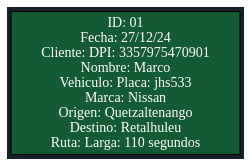
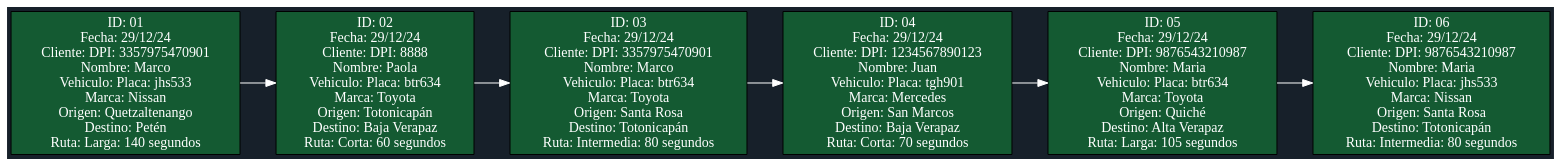
The diagram in Rapidito/Lista_Viajes.dot (Marco131-xel/Edd_Proyecto2), drawn with Graphviz before and after one commit. The commit also changed 17 other files, not shown here.

```diff
--- a/Rapidito/Lista_Viajes.dot
+++ b/Rapidito/Lista_Viajes.dot
@@ -1,7 +1,17 @@
 digraph G {
 rankdir=LR;
 bgcolor="#17202a";
 node [shape=record, style=filled, fillcolor="#145a32", fontcolor="white"];
 edge [color="white"];
-nodo0 [label="ID: 01\nFecha: 27/12/24\nCliente: DPI: 3357975470901\nNombre:  Marco\nVehiculo: Placa: jhs533\nMarca: Nissan\nOrigen: Quetzaltenango\nDestino: Retalhuleu\nRuta: Larga: 110 segundos"];
+nodo0 [label="ID: 01\nFecha: 29/12/24\nCliente: DPI: 3357975470901\nNombre:  Marco\nVehiculo: Placa: jhs533\nMarca: Nissan\nOrigen: Quetzaltenango\nDestino: Petén\nRuta: Larga: 140 segundos"];
+nodo1 [label="ID: 02\nFecha: 29/12/24\nCliente: DPI: 8888\nNombre: Paola\nVehiculo: Placa: btr634\nMarca: Toyota\nOrigen: Totonicapán\nDestino: Baja Verapaz\nRuta: Corta: 60 segundos"];
+nodo2 [label="ID: 03\nFecha: 29/12/24\nCliente: DPI: 3357975470901\nNombre:  Marco\nVehiculo: Placa: btr634\nMarca: Toyota\nOrigen: Santa Rosa\nDestino: Totonicapán\nRuta: Intermedia: 80 segundos"];
+nodo3 [label="ID: 04\nFecha: 29/12/24\nCliente: DPI: 1234567890123\nNombre:  Juan\nVehiculo: Placa: tgh901\nMarca: Mercedes\nOrigen: San Marcos\nDestino: Baja Verapaz\nRuta: Corta: 70 segundos"];
+nodo4 [label="ID: 05\nFecha: 29/12/24\nCliente: DPI: 9876543210987\nNombre:  Maria\nVehiculo: Placa: btr634\nMarca: Toyota\nOrigen: Quiché\nDestino: Alta Verapaz\nRuta: Larga: 105 segundos"];
+nodo5 [label="ID: 06\nFecha: 29/12/24\nCliente: DPI: 9876543210987\nNombre:  Maria\nVehiculo: Placa: jhs533\nMarca: Nissan\nOrigen: Santa Rosa\nDestino: Totonicapán\nRuta: Intermedia: 80 segundos"];
+nodo0 -> nodo1;
+nodo1 -> nodo2;
+nodo2 -> nodo3;
+nodo3 -> nodo4;
+nodo4 -> nodo5;
 }
```
